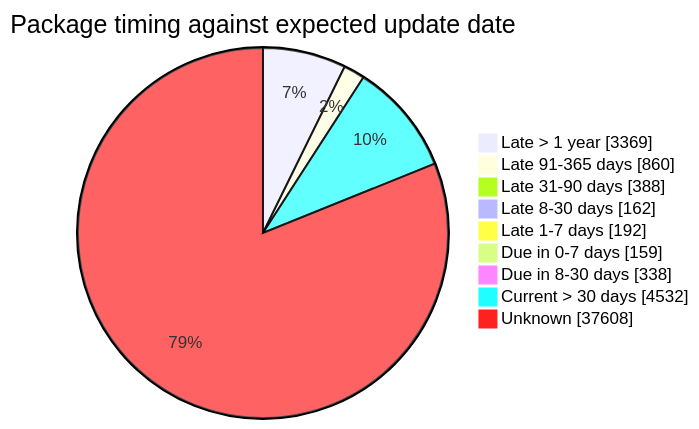
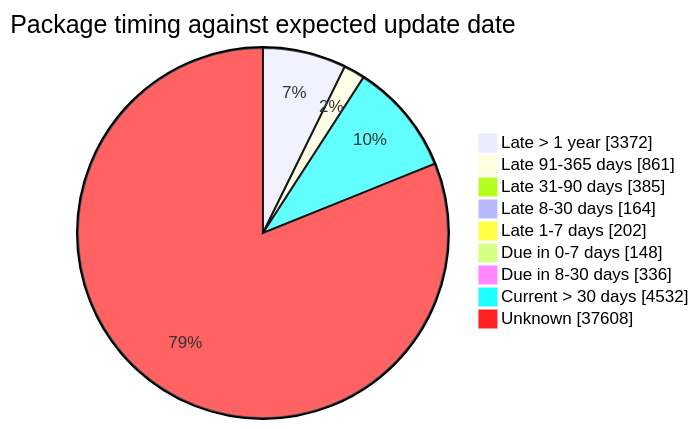
One commit to open-data/analytics-corporate-reporting changed the fourth of 5 diagrams in FreshCheck/README.md. Above: the diagram before and after it, drawn with Mermaid. The commit also changed other lines of this file and 3 other files, not shown here.

````diff
--- a/FreshCheck/README.md
+++ b/FreshCheck/README.md
@@ -86,12 +86,12 @@
 ```mermaid
 pie showData title Package timing against expected update date
-    "Late > 1 year": 3369
-    "Late 91-365 days": 860
-    "Late 31-90 days": 388
-    "Late 8-30 days": 162
-    "Late 1-7 days": 192
-    "Due in 0-7 days": 159
-    "Due in 8-30 days": 338
+    "Late > 1 year": 3372
+    "Late 91-365 days": 861
+    "Late 31-90 days": 385
+    "Late 8-30 days": 164
+    "Late 1-7 days": 202
+    "Due in 0-7 days": 148
+    "Due in 8-30 days": 336
     "Current > 30 days": 4532
     "Unknown": 37608
 ```
````
